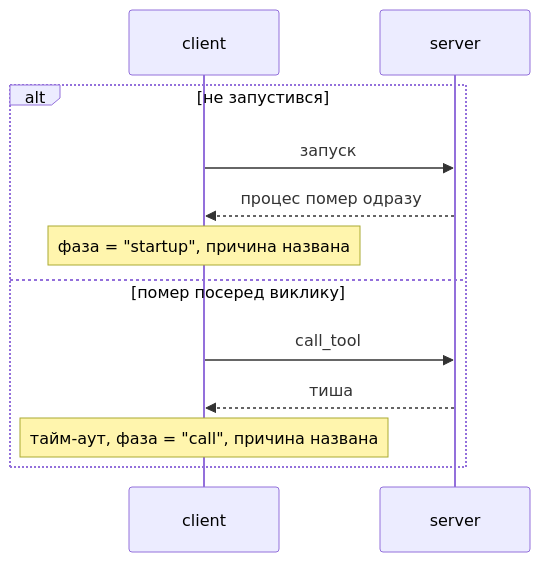
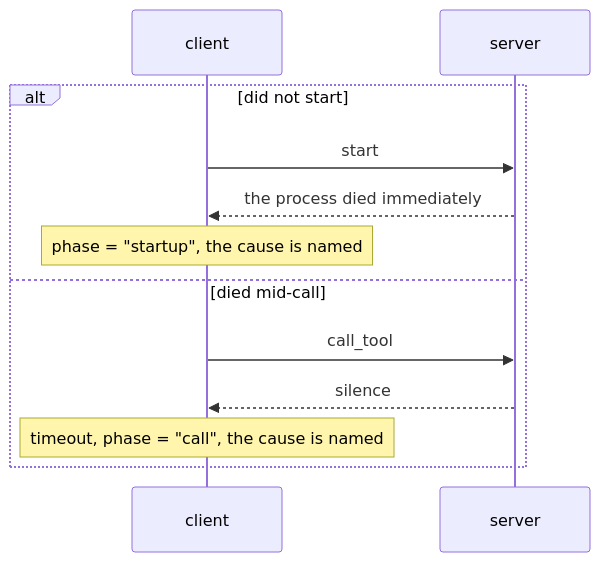
The fourth of 5 diagrams in docs/features/s04-mcp/sad.md (AZANIR/agentic-ai), drawn with Mermaid before and after one commit. The commit also changed other lines of this file and 245 other files, not shown here.

````diff
--- a/docs/features/s04-mcp/sad.md
+++ b/docs/features/s04-mcp/sad.md
@@ -154,15 +156,15 @@
 ```mermaid
 sequenceDiagram
     participant C as client
     participant S as server
 
-    alt не запустився
-        C->>S: запуск
-        S-->>C: процес помер одразу
-        Note over C: фаза = "startup", причина названа
-    else помер посеред виклику
+    alt did not start
+        C->>S: start
+        S-->>C: the process died immediately
+        Note over C: phase = "startup", the cause is named
+    else died mid-call
         C->>S: call_tool
-        S-->>C: тиша
-        Note over C: тайм-аут, фаза = "call", причина названа
+        S-->>C: silence
+        Note over C: timeout, phase = "call", the cause is named
     end
 ```
````
